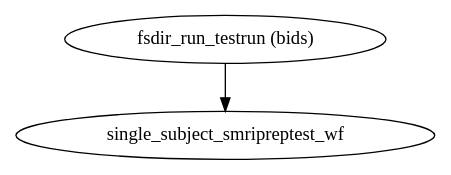
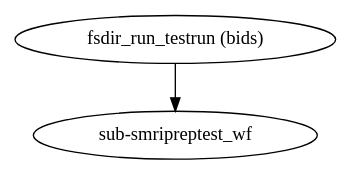
The diagram in 0.13.1/wf_directive/api/smriprep_wf/smriprep-workflows-base-2.dot (nipreps/smriprep), drawn with Graphviz before and after one commit. The commit also changed 5225 other files, not shown here.

```diff
--- a/0.13.1/wf_directive/api/smriprep_wf/smriprep-workflows-base-2.dot
+++ b/0.13.1/wf_directive/api/smriprep_wf/smriprep-workflows-base-2.dot
@@ -1,5 +1,5 @@
 strict digraph {
 "fsdir_run_testrun (bids)";
-"single_subject_smripreptest_wf";
-"fsdir_run_testrun (bids)" -> "single_subject_smripreptest_wf";
+"sub-smripreptest_wf";
+"fsdir_run_testrun (bids)" -> "sub-smripreptest_wf";
 }
```
